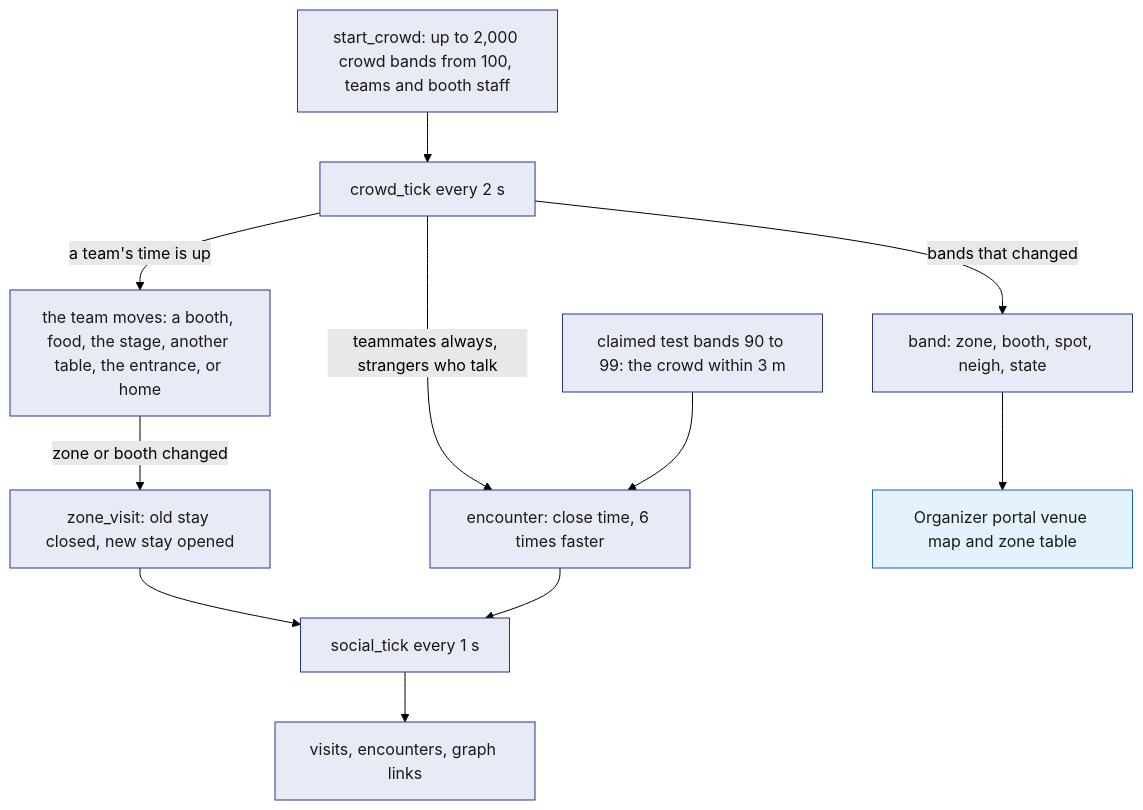
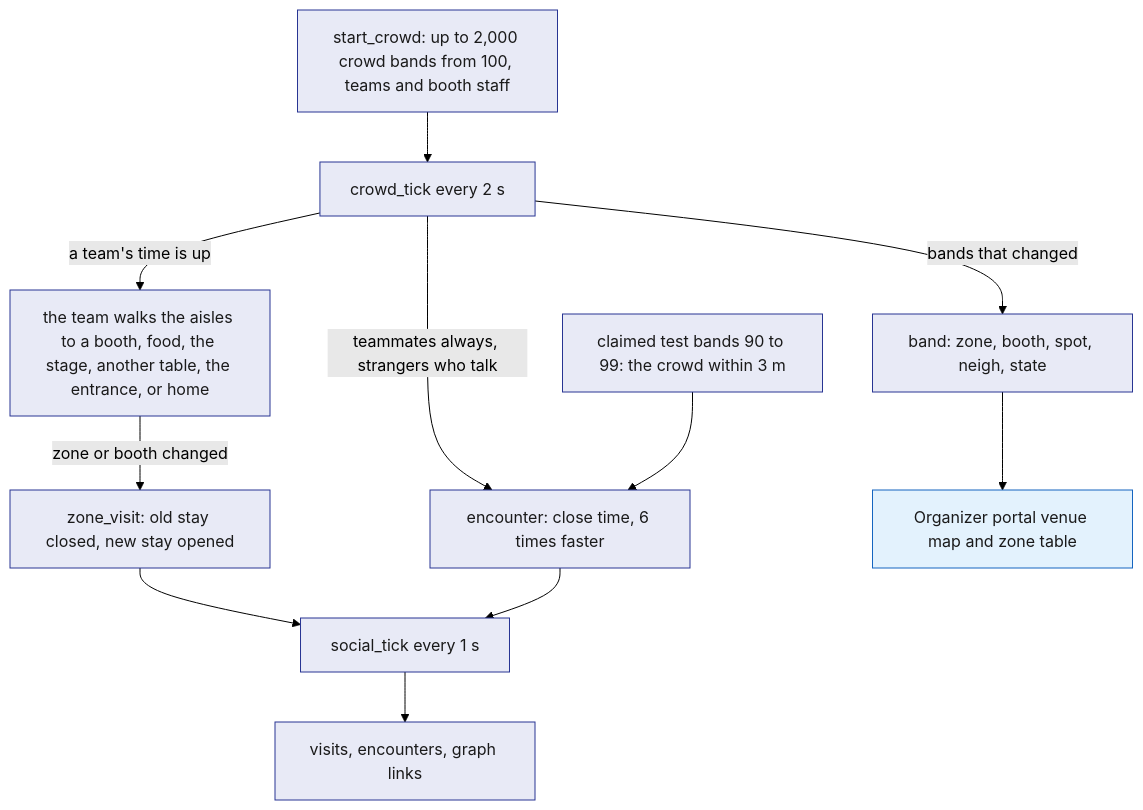
The first of 2 diagrams in System Design/3-services/Test-Bands.md (viktorinkov/cal-hacks-13), drawn with Mermaid (forest theme) before and after one commit. The commit also changed other lines of this file and 19 other files, not shown here.

Commit message:
crowd walks the venue floor's aisles at walking speed

````diff
--- a/System Design/3-services/Test-Bands.md
+++ b/System Design/3-services/Test-Bands.md
@@ -96,17 +105,17 @@
 ```mermaid
 flowchart TB
     SC["start_crowd: up to 2,000 crowd bands from 100, teams and booth staff"] --> CT["crowd_tick every 2 s"]
-    CT -->|"a team's time is up"| MV["the team moves: a booth, food, the stage, another table, the entrance, or home"]
+    CT -->|"a team's time is up"| MV["the team walks the aisles to a booth, food, the stage, another table, the entrance, or home"]
     MV -->|"zone or booth changed"| ST["zone_visit: old stay closed, new stay opened"]
     CT -->|"bands that changed"| BR["band: zone, booth, spot, neigh, state"]
     CT -->|"teammates always, strangers who talk"| CL["encounter: close time, 6 times faster"]
     TB["claimed test bands 90 to 99: the crowd within 3 m"] --> CL
     BR --> MAP["Organizer portal venue map and zone table"]
     ST --> SS["social_tick every 1 s"]
     CL --> SS
     SS --> OUT["visits, encounters, graph links"]
     classDef stdb fill:#E8EAF6,stroke:#283593,color:#1A1A1A
     classDef web fill:#E3F2FD,stroke:#1565C0,color:#1A1A1A
     class SC,CT,MV,ST,BR,CL,TB,SS,OUT stdb
     class MAP web
 ```
````
